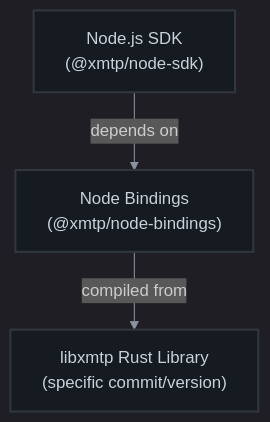
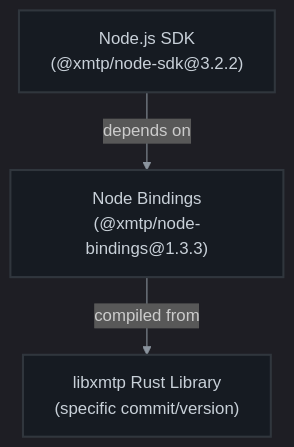
The diagram in docs/version-management.md (xmtp/xmtp-qa-tools), drawn with Mermaid before and after one commit.

Commit message:
Update SDK version references for clarity in docs

````diff
--- a/docs/version-management.md
+++ b/docs/version-management.md
@@ -7,13 +7,13 @@
 ```mermaid
 %%{init: {'theme': 'dark', 'themeVariables': { 'primaryColor': '#0D1117', 'primaryTextColor': '#c9d1d9', 'primaryBorderColor': '#30363d', 'lineColor': '#8b949e', 'secondaryColor': '#161b22', 'tertiaryColor': '#161b22' }}}%%
 
 flowchart TD
-  nodeSDK["Node.js SDK<br/>(@xmtp/node-sdk)"]
-  nodeBindings["Node Bindings<br/>(@xmtp/node-bindings)"]
+  nodeSDK["Node.js SDK<br/>(@xmtp/node-sdk@3.2.2)"]
+  nodeBindings["Node Bindings<br/>(@xmtp/node-bindings@1.3.3)"]
   libxmtp["libxmtp Rust Library<br/>(specific commit/version)"]
 
   nodeSDK --> |depends on| nodeBindings
   nodeBindings --> |compiled from| libxmtp
 
   classDef default fill:#161b22,stroke:#30363d,stroke-width:2px,color:#c9d1d9;
 ```
````
